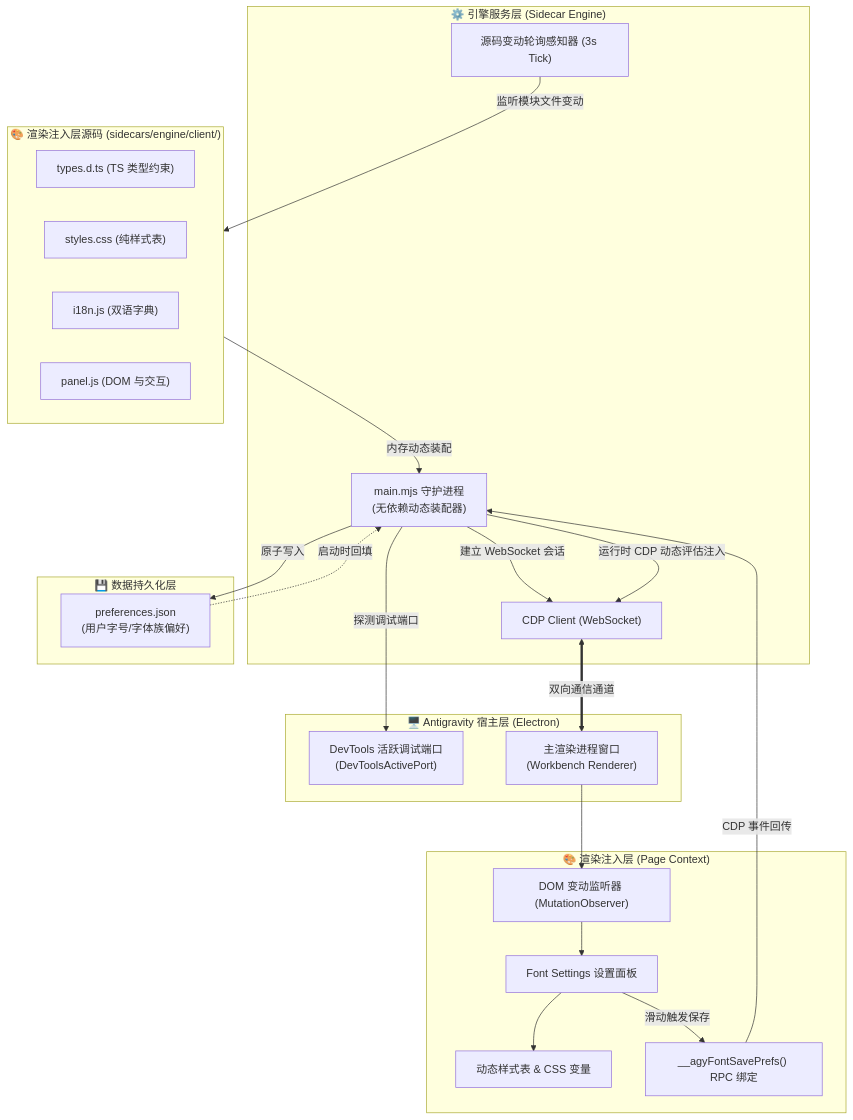
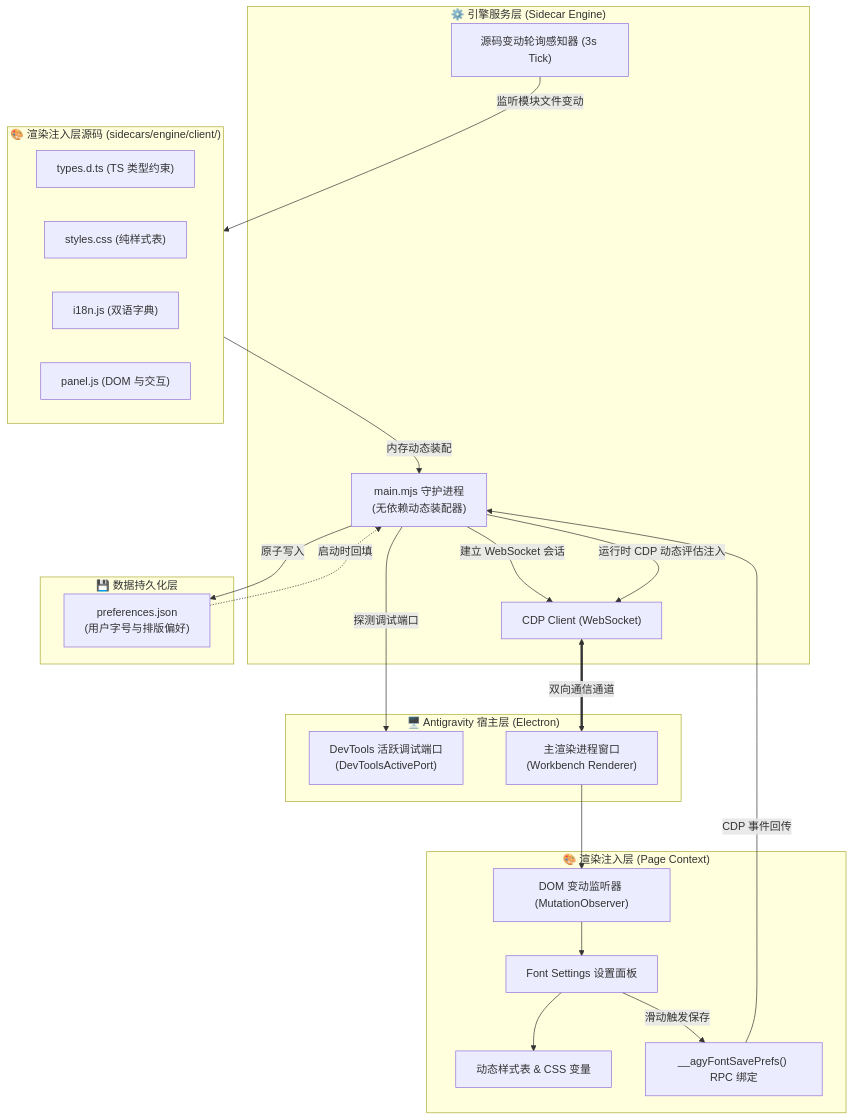
Before and after one commit to moumouye/Antigravity-font-settings: the third of 5 diagrams in ARCHITECTURE.md, drawn with Mermaid. The commit also changed other lines of this file and 22 other files, not shown here.

````diff
--- a/ARCHITECTURE.md
+++ b/ARCHITECTURE.md
@@ -11,47 +75,47 @@
 ```mermaid
 flowchart TB
     subgraph Host ["🖥️ Antigravity 宿主层 (Electron)"]
         DevTools["DevTools 活跃调试端口<br/>(DevToolsActivePort)"]
         Renderer["主渲染进程窗口<br/>(Workbench Renderer)"]
     end
 
     subgraph Sidecar ["⚙️ 引擎服务层 (Sidecar Engine)"]
         Main["main.mjs 守护进程<br/>(无依赖动态装配器)"]
         CDP["CDP Client (WebSocket)"]
         Watcher["源码变动轮询感知器 (3s Tick)"]
     end
 
     subgraph Client ["🎨 渲染注入层源码 (sidecars/engine/client/)"]
         Types["types.d.ts (TS 类型约束)"]
         Styles["styles.css (纯样式表)"]
         I18n["i18n.js (双语字典)"]
         Panel["panel.js (DOM 与交互)"]
     end
 
     subgraph Injected ["🎨 渲染注入层 (Page Context)"]
         Observer["DOM 变动监听器 (MutationObserver)"]
         SettingsTab["Font Settings 设置面板"]
         StyleTag["动态样式表 & CSS 变量"]
         Binding["__agyFontSavePrefs() RPC 绑定"]
     end
 
     subgraph Storage ["💾 数据持久化层"]
-        Prefs["preferences.json<br/>(用户字号/字体族偏好)"]
+        Prefs["preferences.json<br/>(用户字号与排版偏好)"]
     end
 
     Main -->|探测调试端口| DevTools
     Main -->|建立 WebSocket 会话| CDP
     CDP <==>|双向通信通道| Renderer
 
     Watcher -->|监听模块文件变动| Client
     Client -->|内存动态装配| Main
     Main -->|运行时 CDP 动态评估注入| CDP
 
     Renderer --> Observer
     Observer --> SettingsTab
     SettingsTab --> StyleTag
     SettingsTab -->|滑动触发保存| Binding
     Binding -->|CDP 事件回传| Main
     Main -->|原子写入| Prefs
     Prefs -.->|启动时回填| Main
 ```
````
